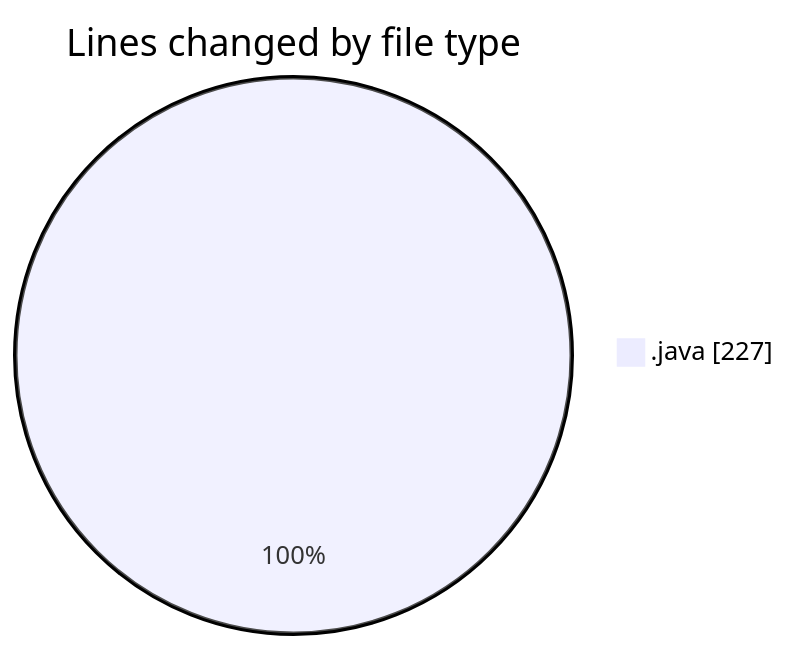
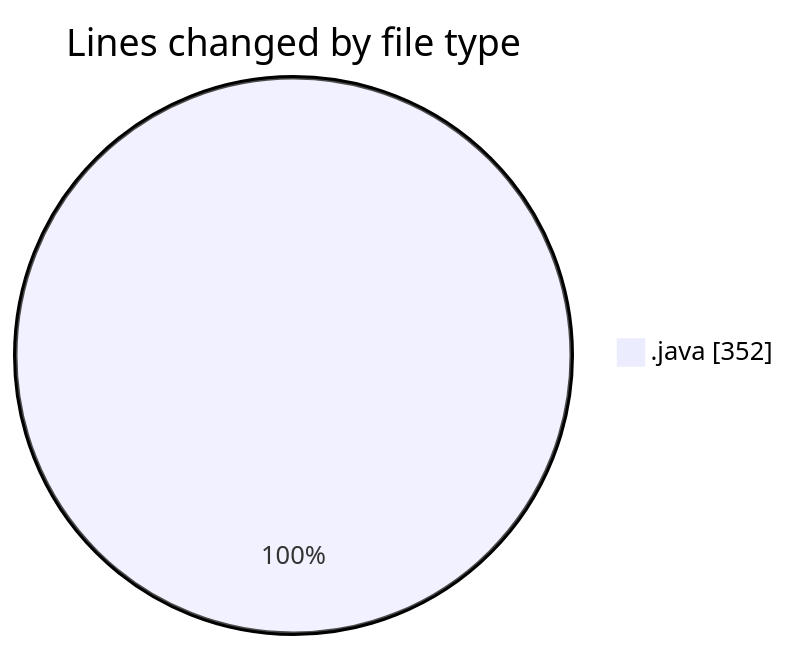
The first of 2 diagrams in 2025-02-27/project1/README.md (NitaiMahat/code-tracking), drawn with Mermaid before and after one commit. The commit also changed other lines of this file and 1 other file, not shown here.

````diff
--- a/2025-02-27/project1/README.md
+++ b/2025-02-27/project1/README.md
@@ -20,5 +21,5 @@
 ```mermaid
 pie showData
 title Lines changed by file type
-".java" : 227
+".java" : 352
 ```
````
